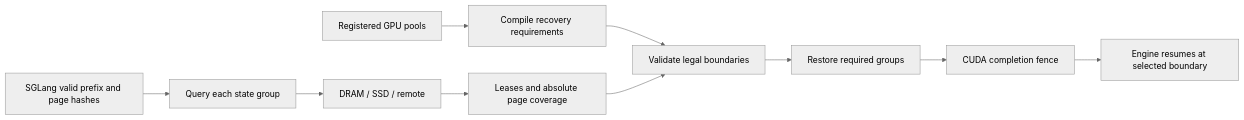
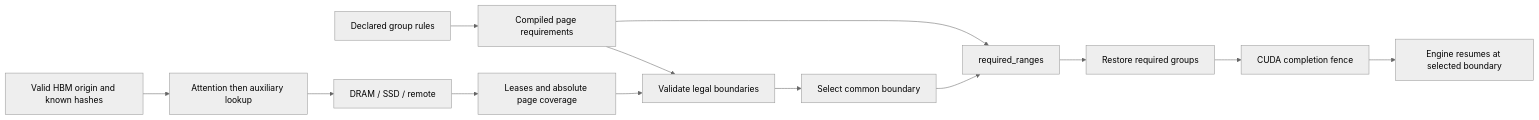
One commit to feichai0017/orbitkv changed the diagram in docs/hybrid-recovery.md. Above: the diagram before and after it, drawn with Mermaid (neutral theme). The commit also changed other lines of this file and 22 other files, not shown here.

Commit message:
feat(state): compile page demand for hybrid recovery

````diff
--- a/docs/hybrid-recovery.md
+++ b/docs/hybrid-recovery.md
@@ -22,12 +49,15 @@
 ```mermaid
 flowchart LR
-  Pools[Registered GPU pools] --> Compile[Compile recovery requirements]
-  Tree[SGLang valid prefix and page hashes] --> Query[Query each state group]
+  Pools[Declared group rules] --> Compile[Compiled page requirements]
+  Tree[Valid HBM origin and known hashes] --> Query[Attention then auxiliary lookup]
   Query --> Tiers[DRAM / SSD / remote]
   Tiers --> Evidence[Leases and absolute page coverage]
   Compile --> Validate[Validate legal boundaries]
   Evidence --> Validate
-  Validate --> Restore[Restore required groups]
+  Validate --> Select[Select common boundary]
+  Select --> Demand[required_ranges]
+  Compile --> Demand
+  Demand --> Restore[Restore required groups]
   Restore --> Fence[CUDA completion fence]
   Fence --> Resume[Engine resumes at selected boundary]
 ```
````
